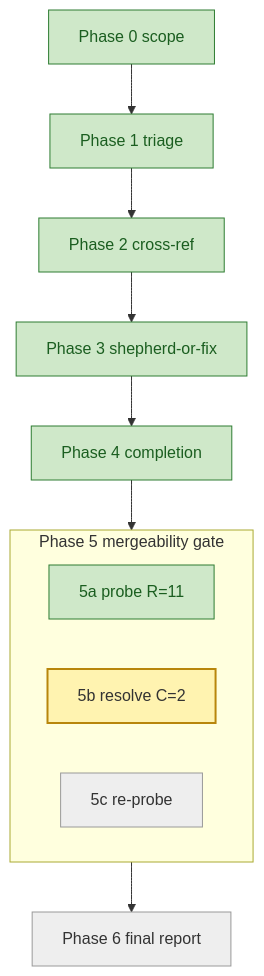
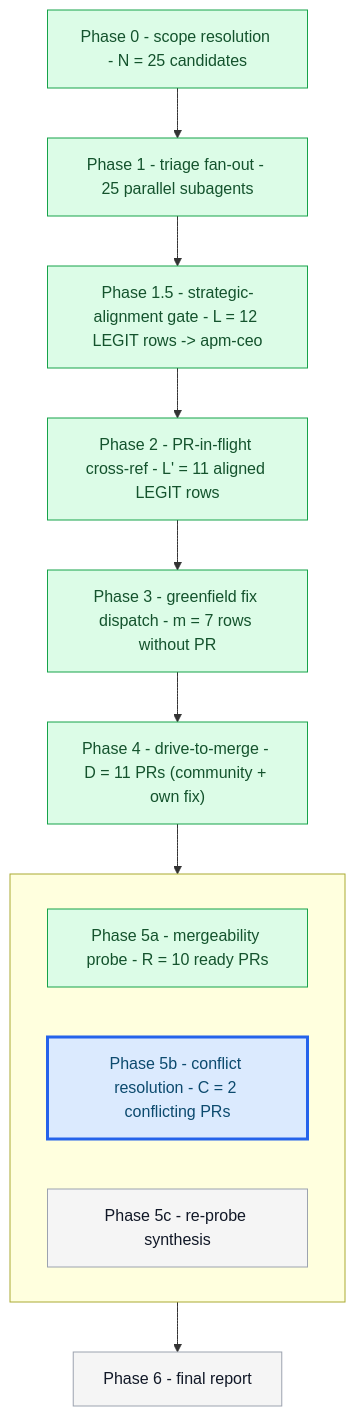
One commit to microsoft/apm changed the seventh of 8 diagrams in packages/batch-bug-shepherd/.apm/skills/batch-bug-shepherd/evals/fixtures/sweep-bug-queue.with_skill.md. Above: the diagram before and after it, drawn with Mermaid. The commit also changed other lines of this file and 112 other files, not shown here.

````diff
--- a/packages/batch-bug-shepherd/.apm/skills/batch-bug-shepherd/evals/fixtures/sweep-bug-queue.with_skill.md
+++ b/packages/batch-bug-shepherd/.apm/skills/batch-bug-shepherd/evals/fixtures/sweep-bug-queue.with_skill.md
@@ -191,21 +296,26 @@
 ```mermaid
 flowchart TB
-    P0[Phase 0 scope]:::done
-    P1[Phase 1 triage]:::done
-    P2[Phase 2 cross-ref]:::done
-    P3[Phase 3 shepherd-or-fix]:::done
-    P4[Phase 4 completion]:::done
-    subgraph WAVE4[Phase 5 mergeability gate]
+    P0["Phase 0 - scope resolution - N = 25 candidates"]:::done
+    P1["Phase 1 - triage fan-out - 25 parallel subagents"]:::done
+    P15["Phase 1.5 - strategic-alignment gate - L = 12 LEGIT rows -> apm-ceo"]:::done
+    P2["Phase 2 - PR-in-flight cross-ref - L' = 11 aligned LEGIT rows"]:::done
+    P3["Phase 3 - greenfield fix dispatch - m = 7 rows without PR"]:::done
+    P4["Phase 4 - drive-to-merge - D = 11 PRs (community + own fix)"]:::done
+
+    subgraph WAVE4[" "]
         direction LR
-        P5a[5a probe R=11]:::done
-        P5b[5b resolve C=2]:::active
-        P5c[5c re-probe]:::pending
+        P5a["Phase 5a - mergeability probe - R = 10 ready PRs"]:::done
+        P5b["Phase 5b - conflict resolution - C = 2 conflicting PRs"]:::active
+        P5c["Phase 5c - re-probe synthesis"]:::pending
     end
-    P6[Phase 6 final report]:::pending
-    P0 --> P1 --> P2 --> P3 --> P4 --> WAVE4 --> P6
-    classDef pending fill:#eee,stroke:#999,color:#333
-    classDef active  fill:#fff3b0,stroke:#b8860b,color:#333,stroke-width:2px
-    classDef done    fill:#cfe8c9,stroke:#2e7d32,color:#1b5e20
-    classDef blocked fill:#f8c7c7,stroke:#b71c1c,color:#7f0000
-    classDef skipped fill:#f0f0f0,stroke:#bbb,color:#888,stroke-dasharray:3 3
+
+    P6["Phase 6 - final report"]:::pending
+
+    P0 --> P1 --> P15 --> P2 --> P3 --> P4 --> WAVE4 --> P6
+
+    classDef pending fill:#f5f5f5,stroke:#9ca3af,stroke-width:1px,color:#111827
+    classDef active  fill:#dbeafe,stroke:#2563eb,stroke-width:3px,color:#0c4a6e
+    classDef done    fill:#dcfce7,stroke:#16a34a,stroke-width:1px,color:#14532d
+    classDef blocked fill:#fef3c7,stroke:#d97706,stroke-width:2px,color:#78350f
+    classDef skipped fill:#f3f4f6,stroke:#6b7280,stroke-width:1px,stroke-dasharray:4 2,color:#374151
 ```
````
